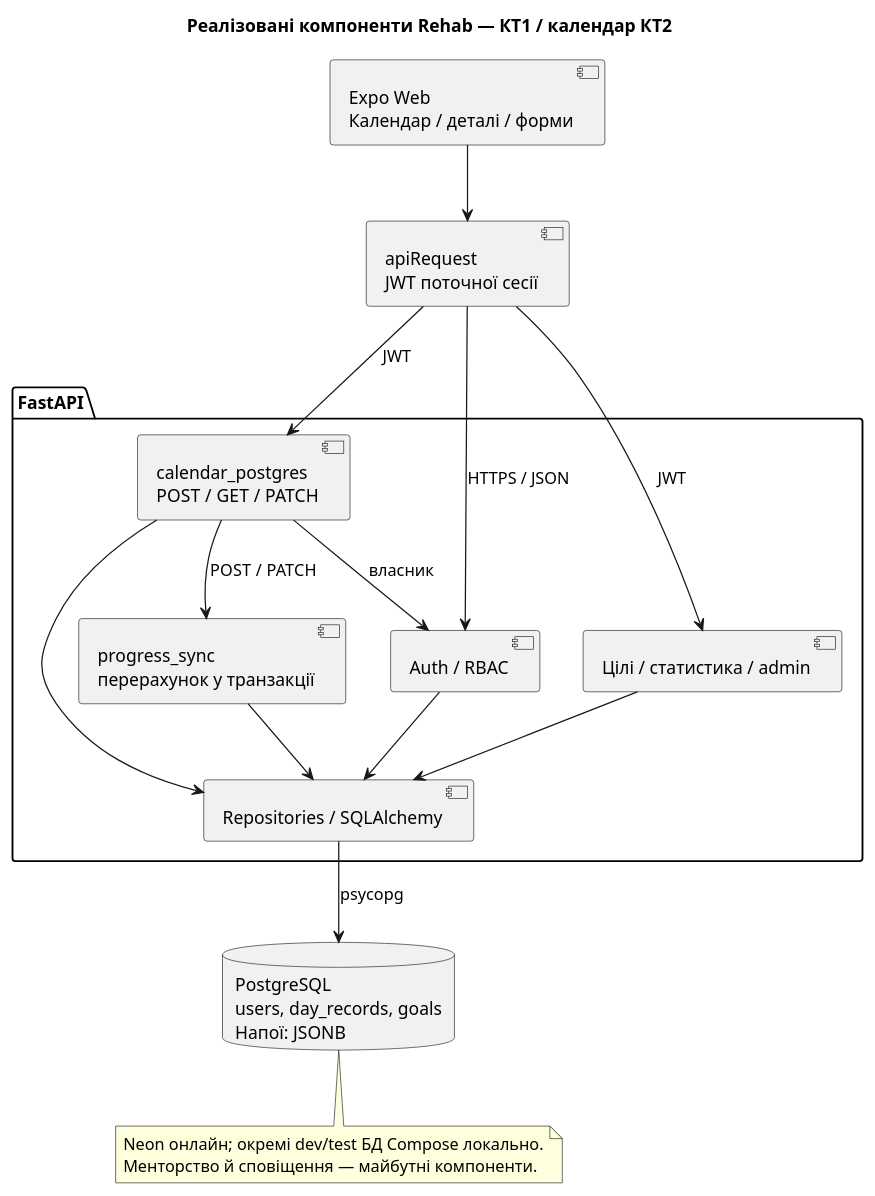
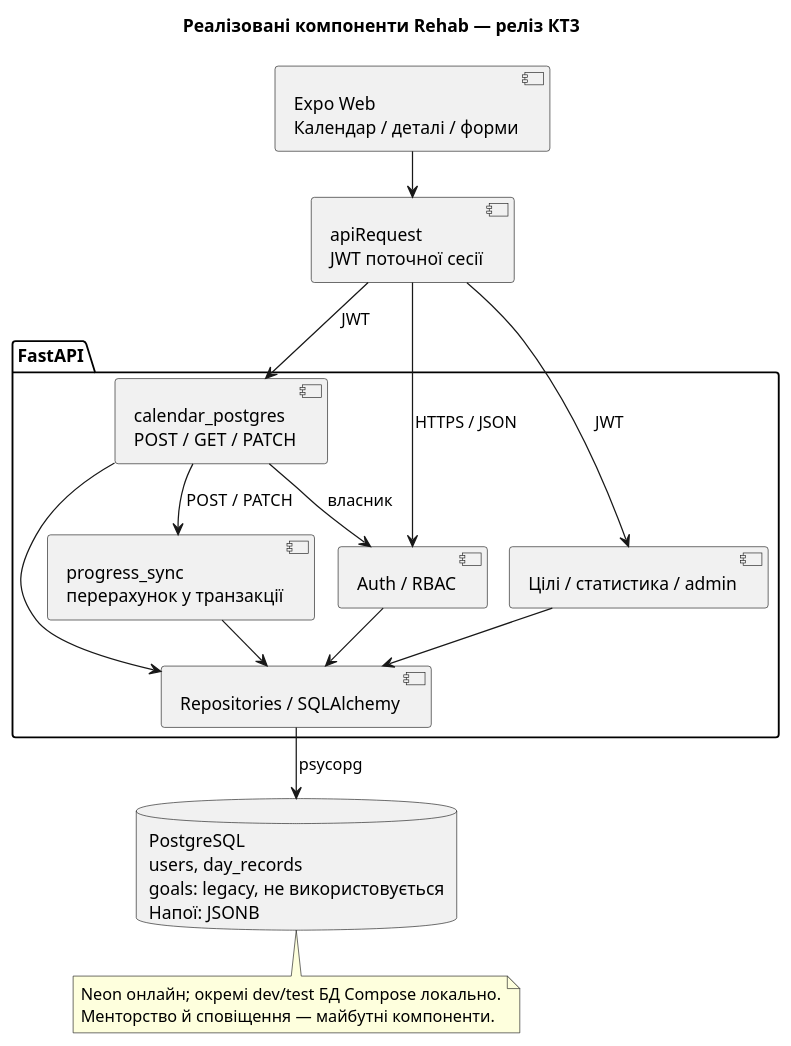
Before and after one commit to ukma-fin-ssdm-2026/Rehab: the diagram in docs/architecture/uml/component-diagram.puml, drawn with PlantUML. The commit also changed 23 other files, not shown here.

```diff
--- a/docs/architecture/uml/component-diagram.puml
+++ b/docs/architecture/uml/component-diagram.puml
@@ -1,28 +1,29 @@
 @startuml
-title Реалізовані компоненти Rehab — КТ1 / календар КТ2
+!pragma layout smetana
+title Реалізовані компоненти Rehab — реліз КТ3
 component "Expo Web\nКалендар / деталі / форми" as Front
 component "apiRequest\nJWT поточної сесії" as Client
 package "FastAPI" {
  component "Auth / RBAC" as Auth
  component "calendar_postgres\nPOST / GET / PATCH" as Calendar
  component "Цілі / статистика / admin" as Other
  component "progress_sync\nперерахунок у транзакції" as Progress
  component "Repositories / SQLAlchemy" as Repo
 }
-database "PostgreSQL\nusers, day_records, goals\nНапої: JSONB" as DB
+database "PostgreSQL\nusers, day_records\ngoals: legacy, не використовується\nНапої: JSONB" as DB
 Front --> Client
 Client --> Auth : HTTPS / JSON
 Client --> Calendar : JWT
 Client --> Other : JWT
 Calendar --> Auth : власник
 Calendar --> Progress : POST / PATCH
 Calendar --> Repo
 Progress --> Repo
 Other --> Repo
 Auth --> Repo
 Repo --> DB : psycopg
 note bottom of DB
  Neon онлайн; окремі dev/test БД Compose локально.
  Менторство й сповіщення — майбутні компоненти.
 end note
 @enduml
```
